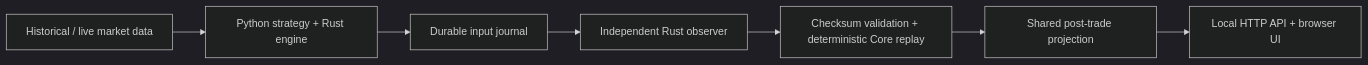
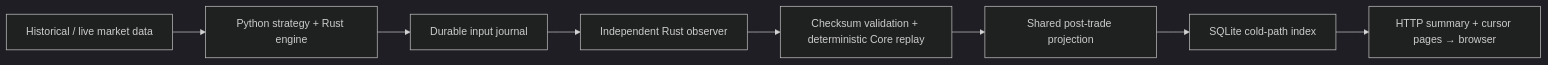
One commit to rickypang0219/MiniNautilus changed the diagram in docs/dashboard.md. Above: the diagram before and after it, drawn with Mermaid (dark theme). The commit also changed other lines of this file and 22 other files, not shown here.

````diff
--- a/docs/dashboard.md
+++ b/docs/dashboard.md
@@ -34,9 +34,10 @@
 ```mermaid
 flowchart LR
   A[Historical / live market data] --> B[Python strategy + Rust engine]
   B --> C[Durable input journal]
   C --> D[Independent Rust observer]
   D --> E[Checksum validation + deterministic Core replay]
   E --> F[Shared post-trade projection]
-  F --> G[Local HTTP API + browser UI]
+  F --> I[SQLite cold-path index]
+  I --> G[HTTP summary + cursor pages → browser]
 ```
````
